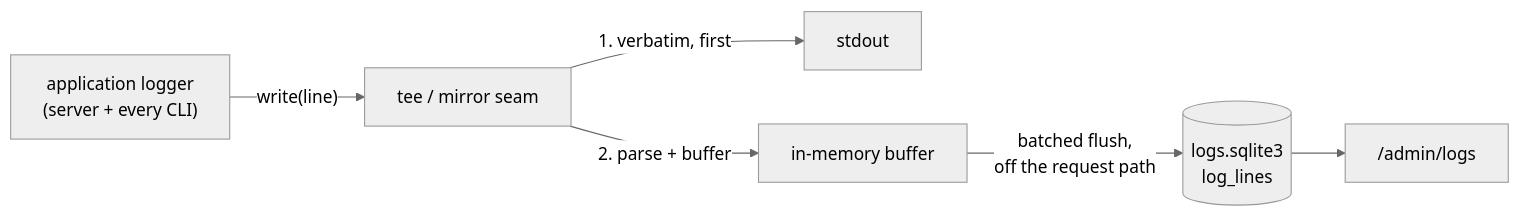
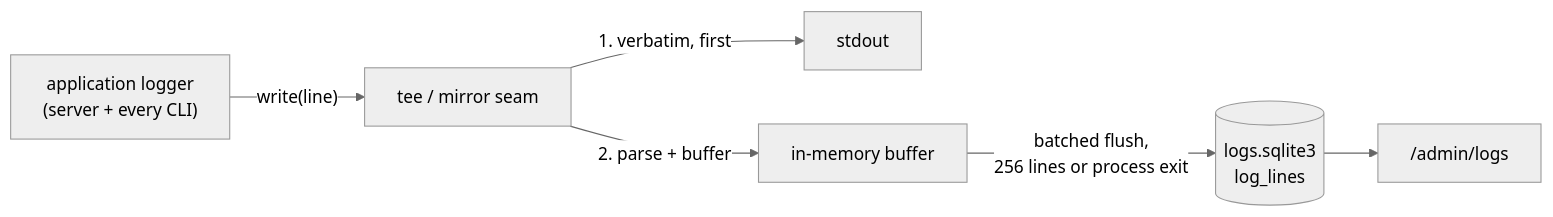
Before and after one commit to jonathan-beebe/art-store: the diagram in docs/logging.md, drawn with Mermaid (neutral theme). The commit also changed other lines of this file and 26 other files, not shown here.

````diff
--- a/docs/logging.md
+++ b/docs/logging.md
@@ -113,8 +109,8 @@
 ```mermaid
 flowchart LR
   app["application logger\n(server + every CLI)"] -->|"write(line)"| tee["tee / mirror seam"]
   tee -->|"1. verbatim, first"| stdout["stdout"]
   tee -->|"2. parse + buffer"| buffer["in-memory buffer"]
-  buffer -->|"batched flush,\noff the request path"| db[("logs.sqlite3\nlog_lines")]
+  buffer -->|"batched flush,\n256 lines or process exit"| db[("logs.sqlite3\nlog_lines")]
   db --> admin["/admin/logs"]
 ```
````
